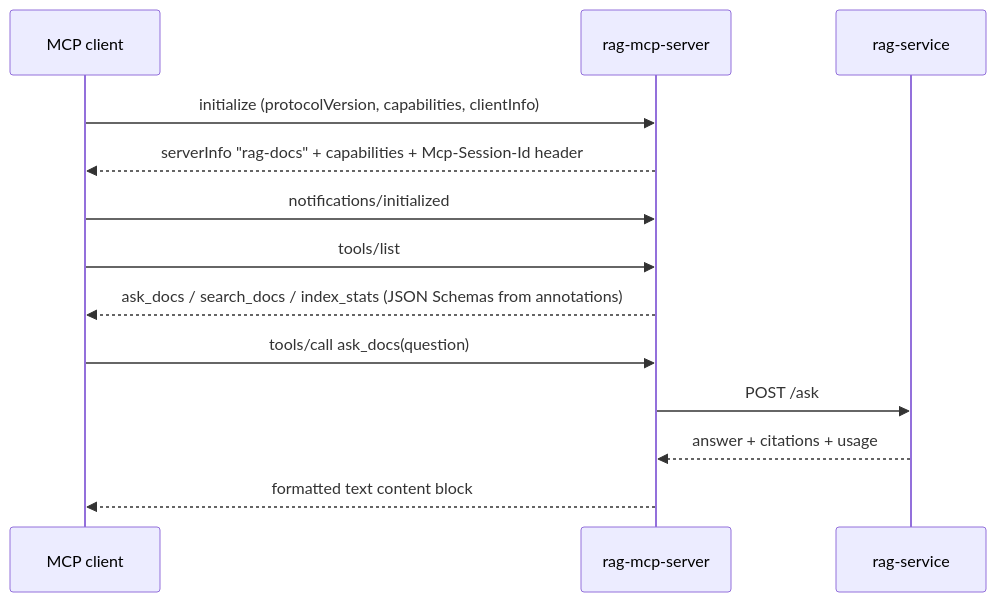
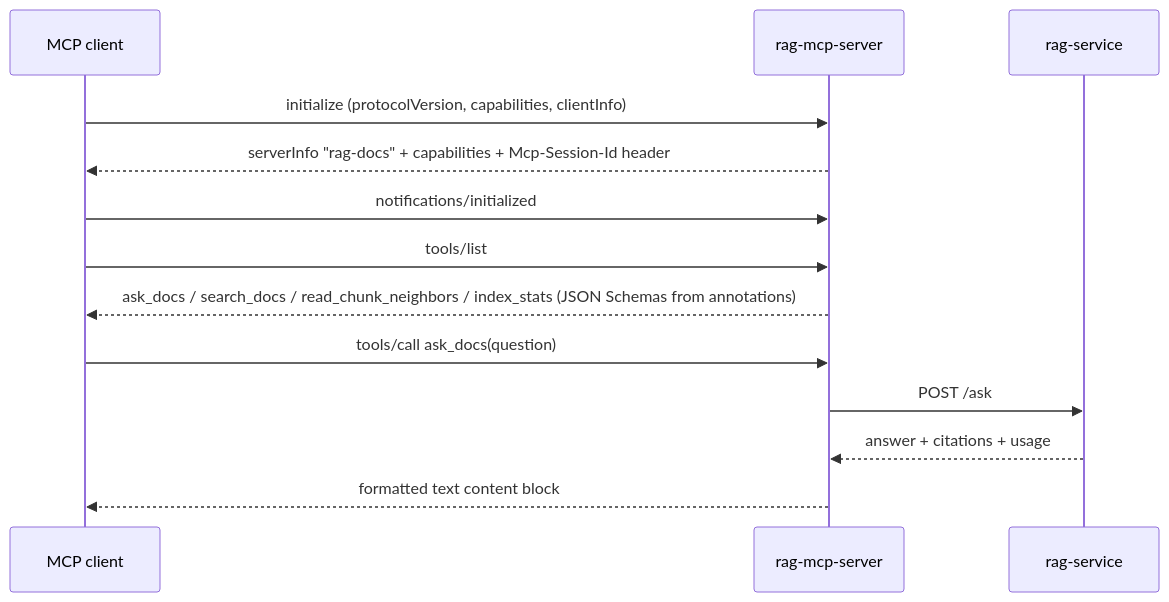
Before and after one commit to Adz-ai/rag-mcp-server: the second of 2 diagrams in README.md, drawn with Mermaid. The commit also changed other lines of this file and 10 other files, not shown here.

````diff
--- a/README.md
+++ b/README.md
@@ -55,15 +55,15 @@
 ```mermaid
 sequenceDiagram
     participant C as MCP client
     participant M as rag-mcp-server
     participant R as rag-service
     C->>M: initialize (protocolVersion, capabilities, clientInfo)
     M-->>C: serverInfo "rag-docs" + capabilities + Mcp-Session-Id header
     C->>M: notifications/initialized
     C->>M: tools/list
-    M-->>C: ask_docs / search_docs / index_stats (JSON Schemas from annotations)
+    M-->>C: ask_docs / search_docs / read_chunk_neighbors / index_stats (JSON Schemas from annotations)
     C->>M: tools/call ask_docs(question)
     M->>R: POST /ask
     R-->>M: answer + citations + usage
     M-->>C: formatted text content block
 ```
````
